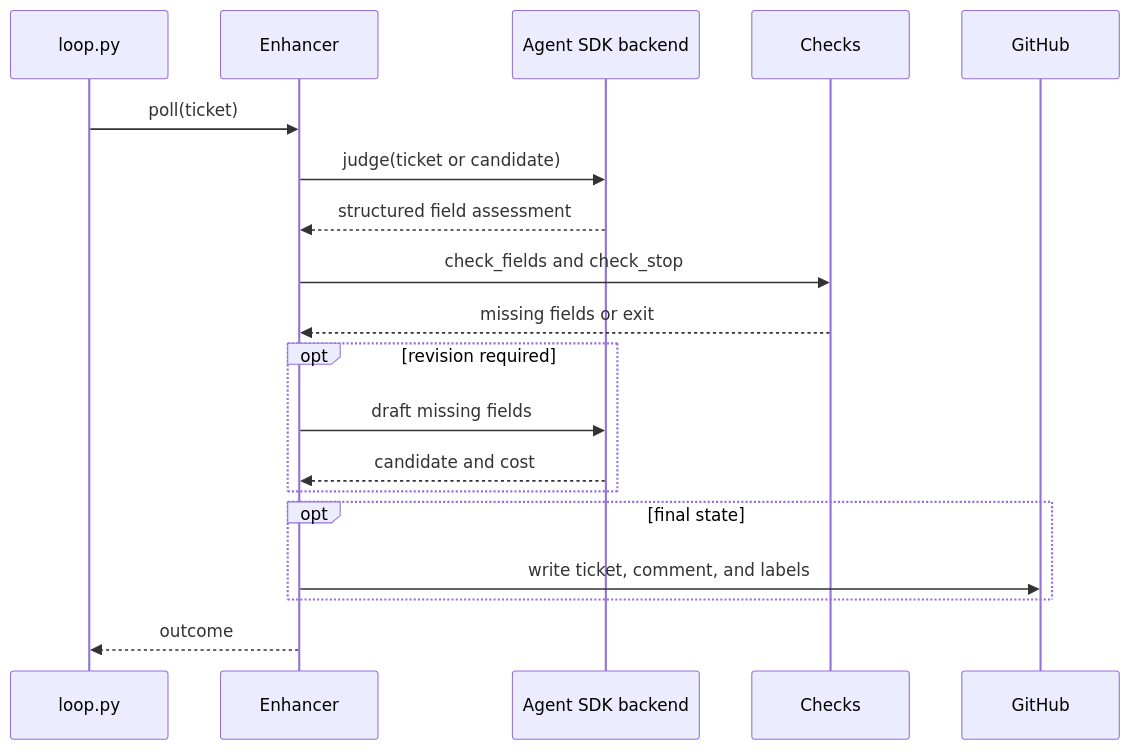
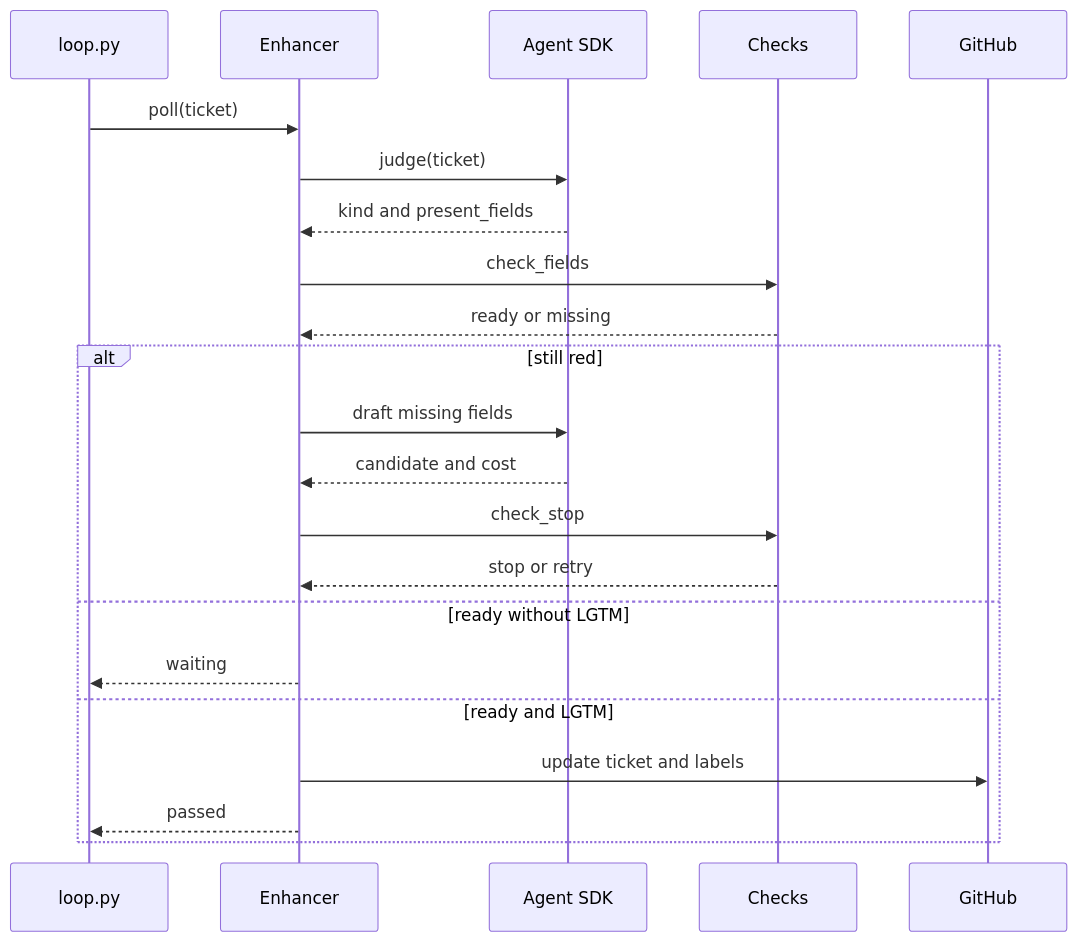
Before and after one commit to RichardHightower/reliable-agentic-lab: the diagram in solutions/sol1_enhancer_agent_sdk/docs/diagrams/sequence.mmd, drawn with Mermaid. The commit also changed 97 other files, not shown here.

First line of the commit message:
docs(sol1): Substack articles, diagrams, and tables for the three ports (#295)

```diff
--- a/solutions/sol1_enhancer_agent_sdk/docs/diagrams/sequence.mmd
+++ b/solutions/sol1_enhancer_agent_sdk/docs/diagrams/sequence.mmd
@@ -1,19 +1,22 @@
 sequenceDiagram
     participant L as loop.py
     participant E as Enhancer
-    participant A as Agent SDK backend
+    participant A as Agent SDK
     participant C as Checks
     participant G as GitHub
     L->>E: poll(ticket)
-    E->>A: judge(ticket or candidate)
-    A-->>E: structured field assessment
-    E->>C: check_fields and check_stop
-    C-->>E: missing fields or exit
-    opt revision required
+    E->>A: judge(ticket)
+    A-->>E: kind and present_fields
+    E->>C: check_fields
+    C-->>E: ready or missing
+    alt still red
         E->>A: draft missing fields
         A-->>E: candidate and cost
+        E->>C: check_stop
+        C-->>E: stop or retry
+    else ready without LGTM
+        E-->>L: waiting
+    else ready and LGTM
+        E->>G: update ticket and labels
+        E-->>L: passed
     end
-    opt final state
-        E->>G: write ticket, comment, and labels
-    end
-    E-->>L: outcome
```
